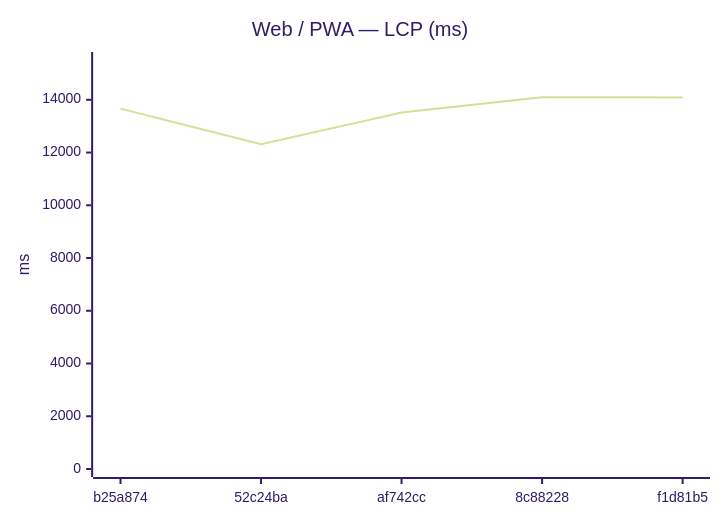
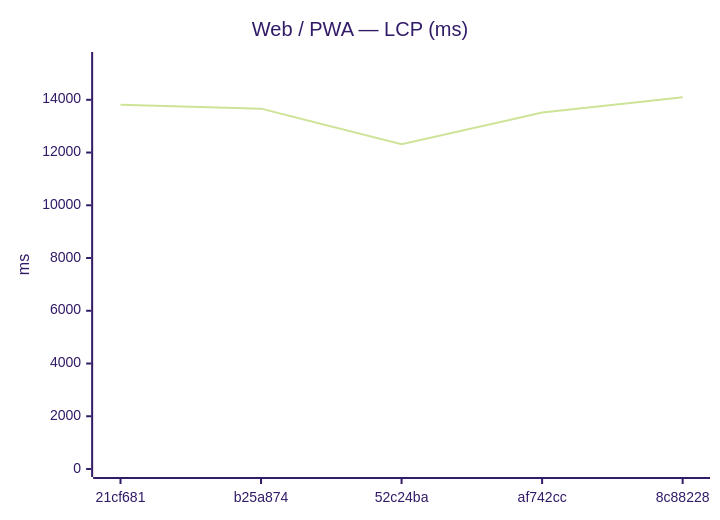
The seventh of 18 diagrams in benchmarks/compare.md (Metaheurist/Rianell), drawn with Mermaid (forest theme) before and after one commit. The commit also changed other lines of this file and 11 other files, not shown here.

````diff
--- a/benchmarks/compare.md
+++ b/benchmarks/compare.md
@@ -117,7 +117,7 @@
 ```mermaid
 xychart-beta
     title "Web / PWA — LCP (ms)"
-    x-axis ["b25a874", "52c24ba", "af742cc", "8c88228", "f1d81b5"]
+    x-axis ["21cf681", "b25a874", "52c24ba", "af742cc", "8c88228"]
     y-axis "ms" 0 --> 15509
-    line [13665, 12311, 13514, 14099, 14091]
+    line [13811, 13665, 12311, 13514, 14099]
 ```
````
